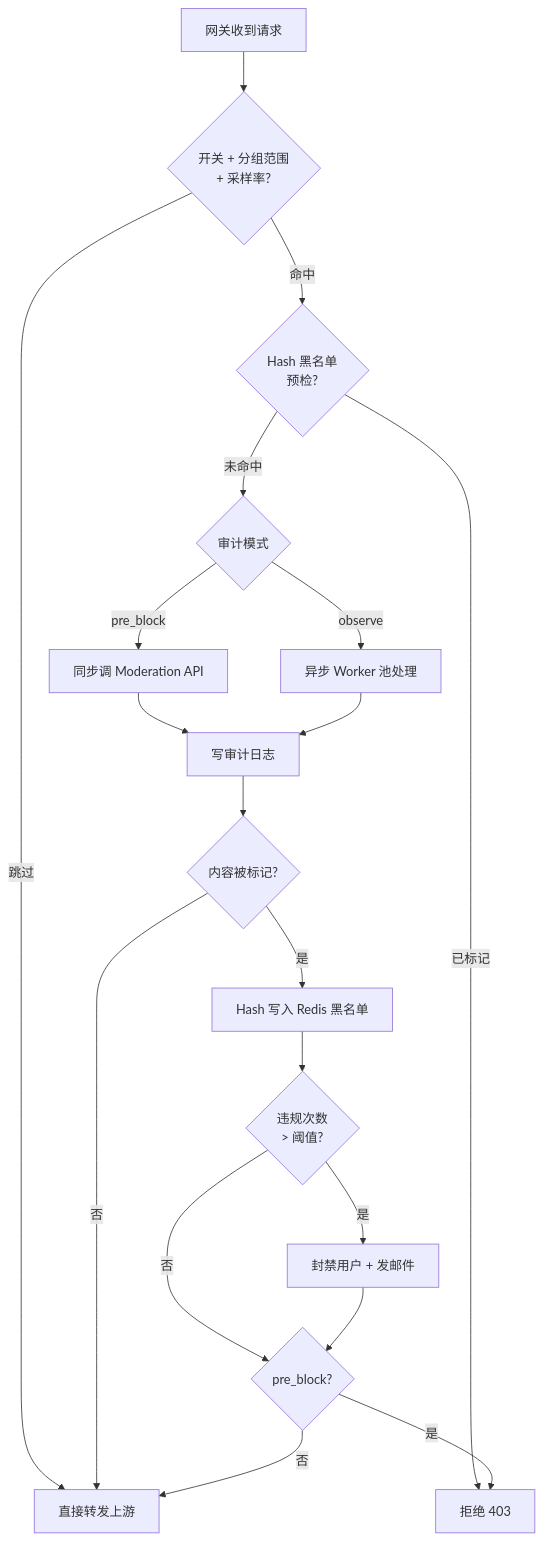
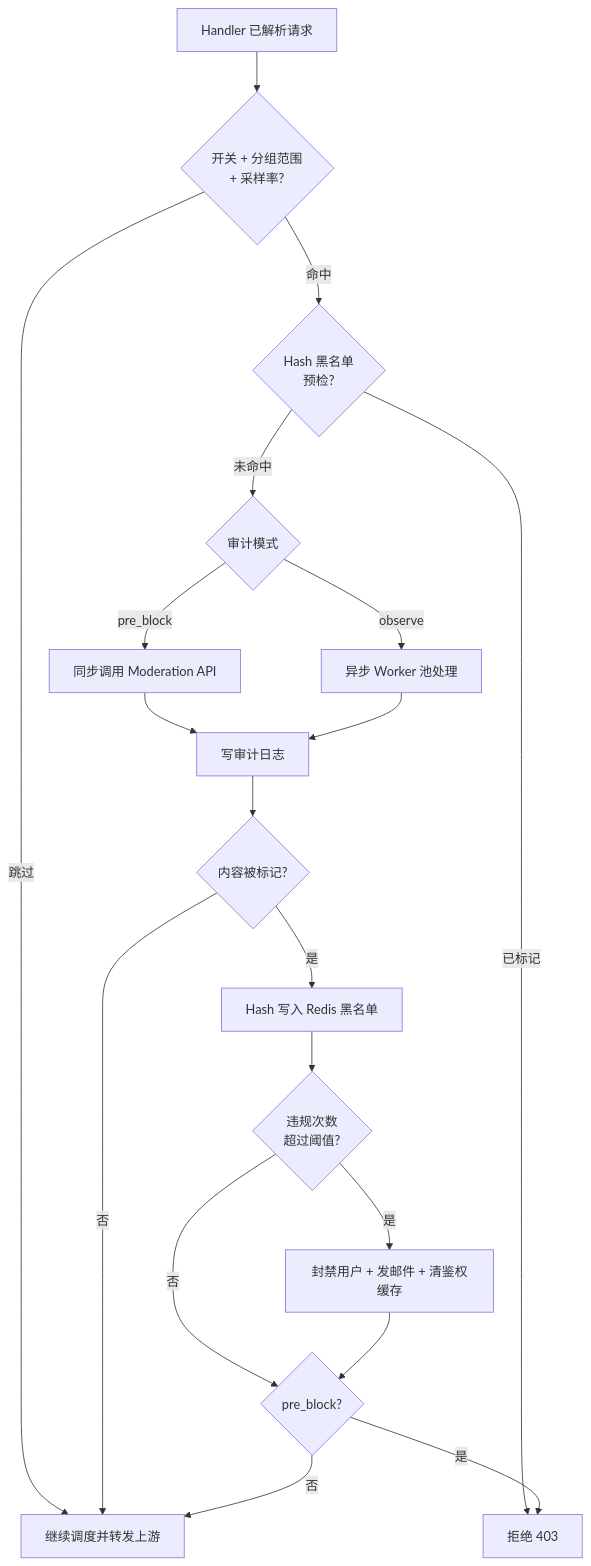
Before and after one commit to linshisancc/sub2api: the ninth of 9 diagrams in docs/ARCHITECTURE.md, drawn with Mermaid. The commit also changed other lines of this file, not shown here.

Commit message:
docs: update architecture overview

````diff
--- a/docs/ARCHITECTURE.md
+++ b/docs/ARCHITECTURE.md
@@ -541,20 +641,20 @@
 ```mermaid
 flowchart TD
-    REQ[网关收到请求] --> CHECK{开关 + 分组范围<br/>+ 采样率?}
-    CHECK -- 跳过 --> PASS[直接转发上游]
+    REQ[Handler 已解析请求] --> CHECK{开关 + 分组范围<br/>+ 采样率?}
+    CHECK -- 跳过 --> PASS[继续调度并转发上游]
     CHECK -- 命中 --> HASH{Hash 黑名单<br/>预检?}
     HASH -- 已标记 --> BLOCK[拒绝 403]
     HASH -- 未命中 --> MODE{审计模式}
-    MODE -- pre_block --> SYNC[同步调 Moderation API]
+    MODE -- pre_block --> SYNC[同步调用 Moderation API]
     MODE -- observe --> ASYNC[异步 Worker 池处理]
     SYNC & ASYNC --> LOG[写审计日志]
     LOG --> VIOL{内容被标记?}
     VIOL -- 否 --> PASS
     VIOL -- 是 --> RECORD[Hash 写入 Redis 黑名单]
-    RECORD --> BAN{违规次数<br/>> 阈值?}
+    RECORD --> BAN{违规次数<br/>超过阈值?}
     BAN -- 否 --> MODE_ACT{pre_block?}
     MODE_ACT -- 是 --> BLOCK
     MODE_ACT -- 否 --> PASS
-    BAN -- 是 --> DISABLE[封禁用户 + 发邮件]
+    BAN -- 是 --> DISABLE[封禁用户 + 发邮件 + 清鉴权缓存]
     DISABLE --> MODE_ACT
 ```
````
